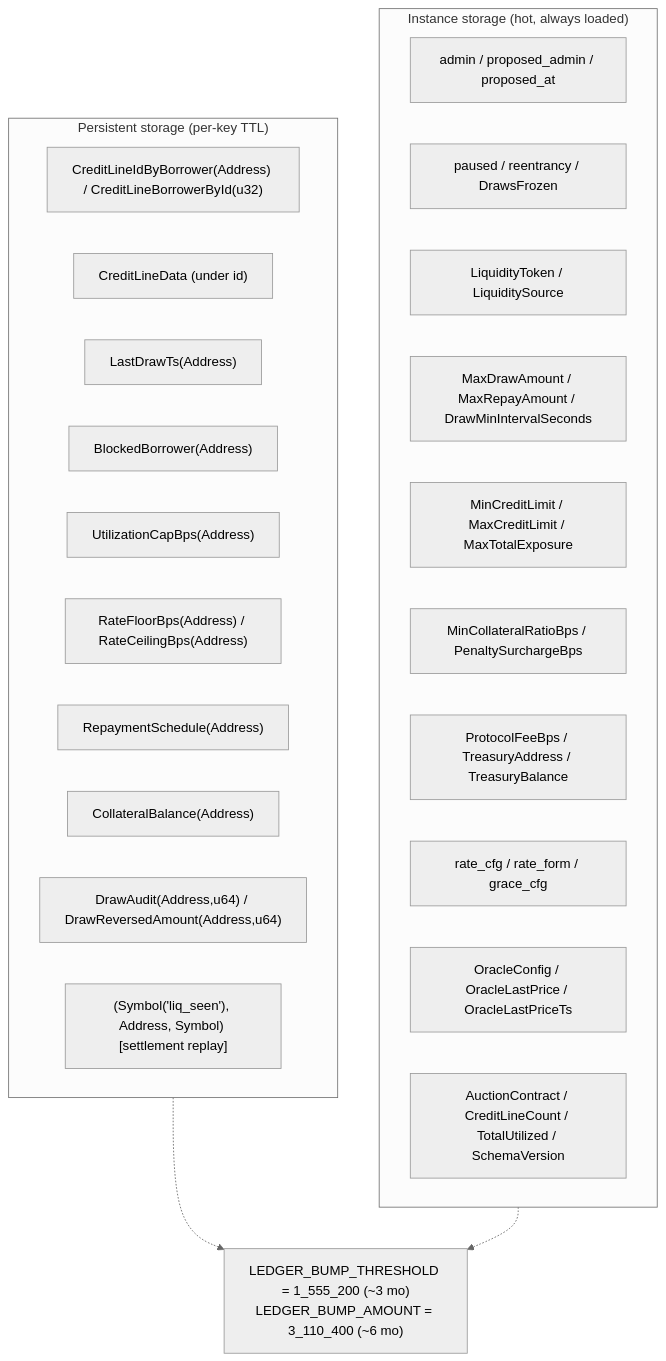
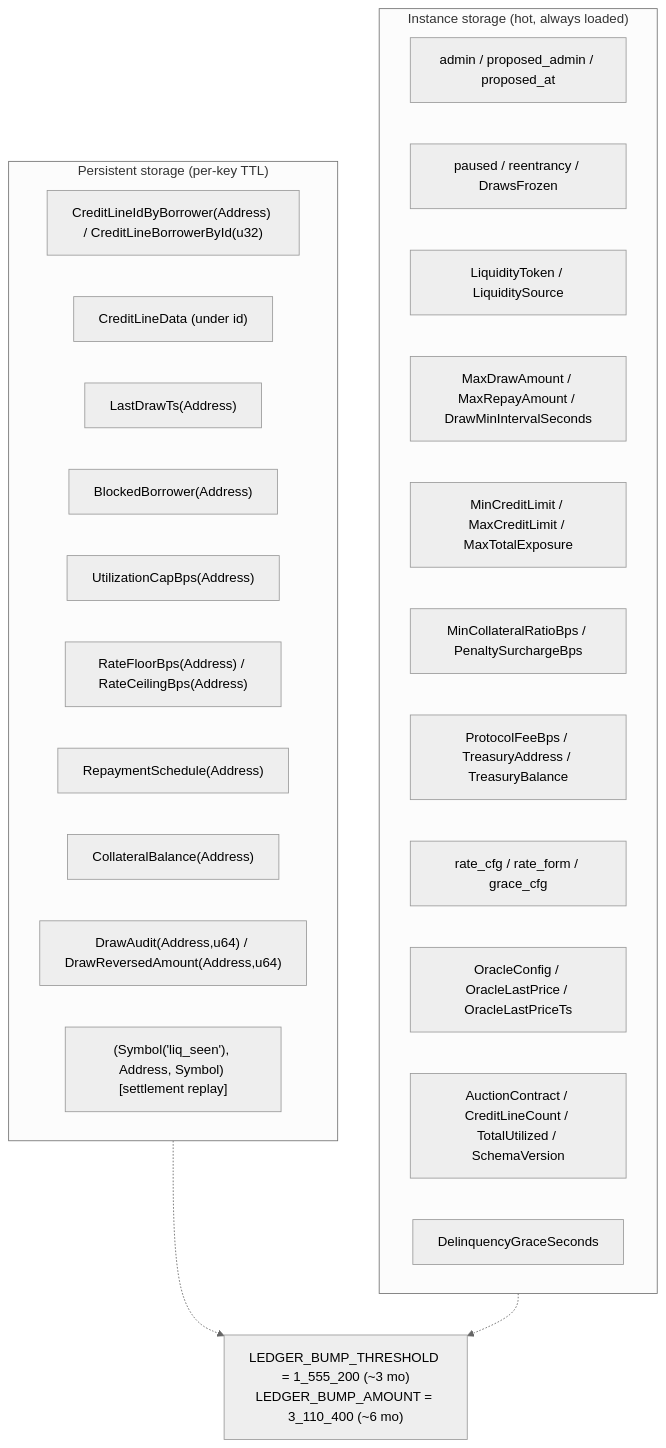
The sixth of 8 diagrams in docs/ARCHITECTURE.md (Creditra/Creditra-Contracts), drawn with Mermaid (neutral theme) before and after one commit. The commit also changed 7 other files, not shown here.

First line of the commit message:
fix(credit): decouple delinquency grace from suspension grace

````diff
--- a/docs/ARCHITECTURE.md
+++ b/docs/ARCHITECTURE.md
@@ -272,32 +272,33 @@
 ```mermaid
 flowchart TB
     subgraph Instance["Instance storage (hot, always loaded)"]
         I1["admin / proposed_admin / proposed_at"]
         I2["paused / reentrancy / DrawsFrozen"]
         I3["LiquidityToken / LiquiditySource"]
         I4["MaxDrawAmount / MaxRepayAmount / DrawMinIntervalSeconds"]
         I5["MinCreditLimit / MaxCreditLimit / MaxTotalExposure"]
         I6["MinCollateralRatioBps / PenaltySurchargeBps"]
         I7["ProtocolFeeBps / TreasuryAddress / TreasuryBalance"]
         I8["rate_cfg / rate_form / grace_cfg"]
         I9["OracleConfig / OracleLastPrice / OracleLastPriceTs"]
         I10["AuctionContract / CreditLineCount / TotalUtilized / SchemaVersion"]
+        I11["DelinquencyGraceSeconds"]
     end
 
     subgraph Persistent["Persistent storage (per-key TTL)"]
         P1["CreditLineIdByBorrower(Address) / CreditLineBorrowerById(u32)"]
         P2["CreditLineData (under id)"]
         P3["LastDrawTs(Address)"]
         P4["BlockedBorrower(Address)"]
         P5["UtilizationCapBps(Address)"]
         P6["RateFloorBps(Address) / RateCeilingBps(Address)"]
         P7["RepaymentSchedule(Address)"]
         P8["CollateralBalance(Address)"]
         P9["DrawAudit(Address,u64) / DrawReversedAmount(Address,u64)"]
         P10["(Symbol('liq_seen'), Address, Symbol) [settlement replay]"]
     end
 
     TTL["LEDGER_BUMP_THRESHOLD = 1_555_200 (~3 mo)<br/>LEDGER_BUMP_AMOUNT = 3_110_400 (~6 mo)"]
     Persistent -.-> TTL
     Instance -.-> TTL
 ```
````
